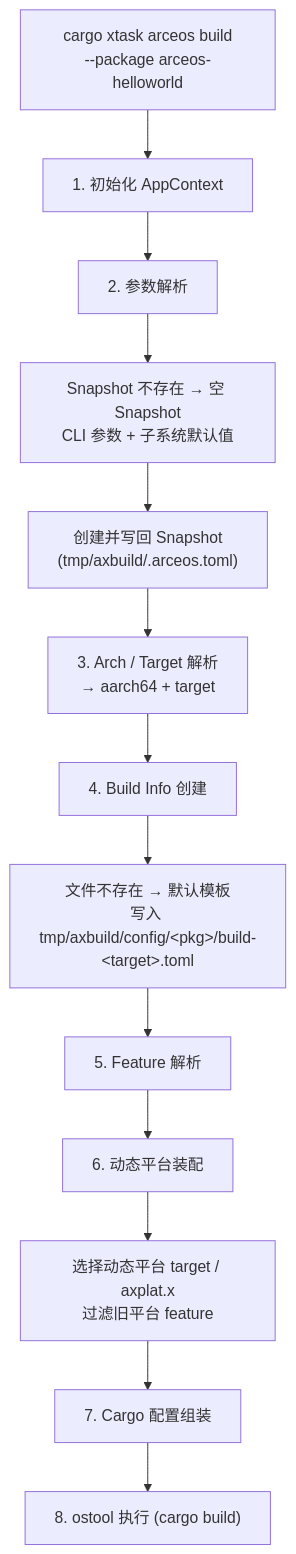
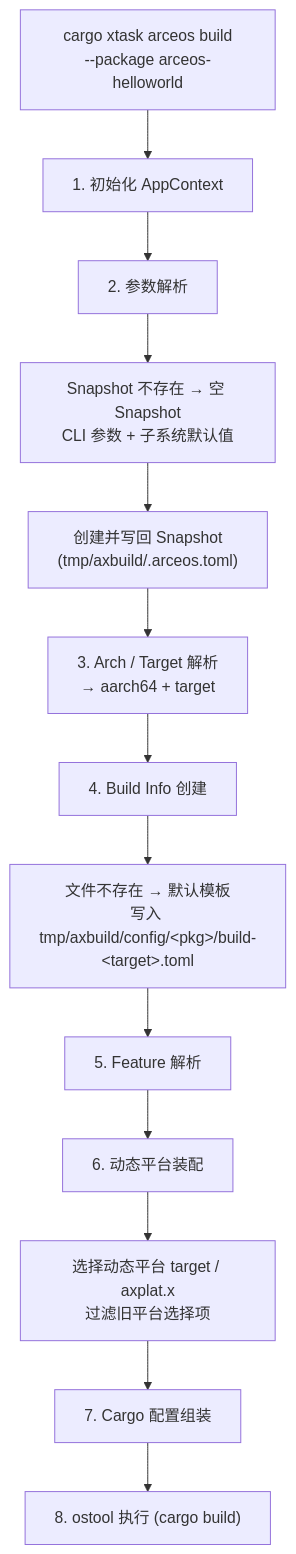
Before and after one commit to rcore-os/tgoskits: the first of 6 diagrams in docs/docs/build/build.md, drawn with Mermaid. The commit also changed other lines of this file and 25 other files, not shown here.

````diff
--- a/docs/docs/build/build.md
+++ b/docs/docs/build/build.md
@@ -16,15 +16,15 @@
 ```mermaid
 flowchart TD
     A["cargo xtask arceos build<br/>--package arceos-helloworld"] --> B[1. 初始化 AppContext]
     B --> C["2. 参数解析"]
     C --> C1["Snapshot 不存在 → 空 Snapshot<br/>CLI 参数 + 子系统默认值"]
     C1 --> C2["创建并写回 Snapshot<br/>(tmp/axbuild/.arceos.toml)"]
     C2 --> D["3. Arch / Target 解析<br/>→ aarch64 + target"]
     D --> E["4. Build Info 创建"]
     E --> E1["文件不存在 → 默认模板<br/>写入 tmp/axbuild/config/&lt;pkg&gt;/build-&lt;target&gt;.toml"]
     E1 --> F["5. Feature 解析"]
     F --> G["6. 动态平台装配"]
-    G --> G1["选择动态平台 target / axplat.x<br/>过滤旧平台 feature"]
+    G --> G1["选择动态平台 target / axplat.x<br/>过滤旧平台选择项"]
     G1 --> H["7. Cargo 配置组装"]
     H --> I["8. ostool 执行 (cargo build)"]
 ```
````
